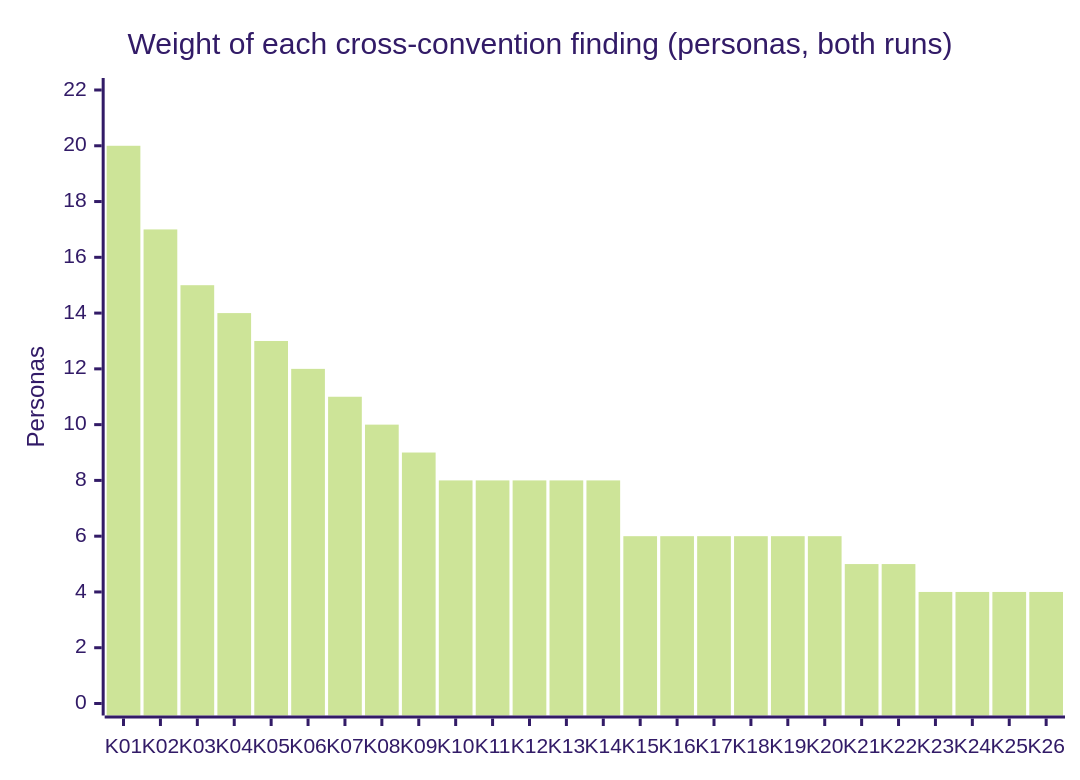
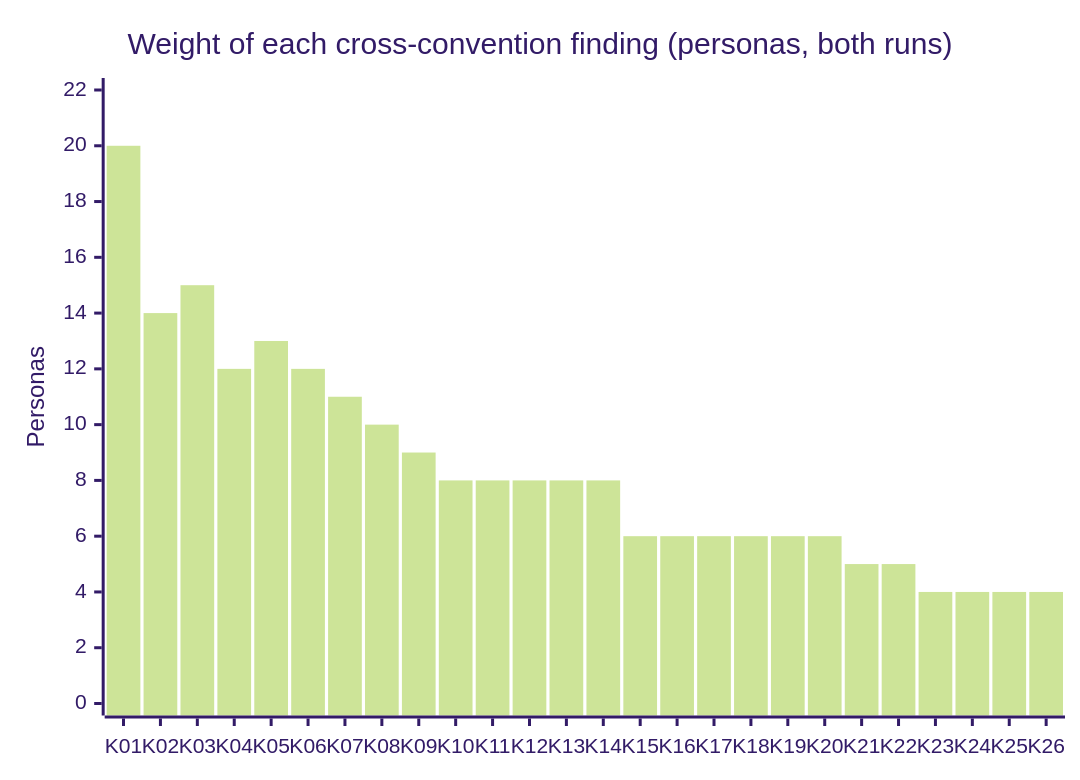
The second of 3 diagrams in docs/briefs/0003-programme-across-convention-scales/personas.md (opos-land/opos), drawn with Mermaid (forest theme) before and after one commit. The commit also changed other lines of this file and 37 other files, not shown here.

````diff
--- a/docs/briefs/0003-programme-across-convention-scales/personas.md
+++ b/docs/briefs/0003-programme-across-convention-scales/personas.md
@@ -208,7 +270,7 @@
 ```mermaid
 xychart-beta
     title "Weight of each cross-convention finding (personas, both runs)"
     x-axis [K01, K02, K03, K04, K05, K06, K07, K08, K09, K10, K11, K12, K13, K14, K15, K16, K17, K18, K19, K20, K21, K22, K23, K24, K25, K26]
     y-axis "Personas" 0 --> 22
-    bar [20, 17, 15, 14, 13, 12, 11, 10, 9, 8, 8, 8, 8, 8, 6, 6, 6, 6, 6, 6, 5, 5, 4, 4, 4, 4]
+    bar [20, 14, 15, 12, 13, 12, 11, 10, 9, 8, 8, 8, 8, 8, 6, 6, 6, 6, 6, 6, 5, 5, 4, 4, 4, 4]
 ```
````
